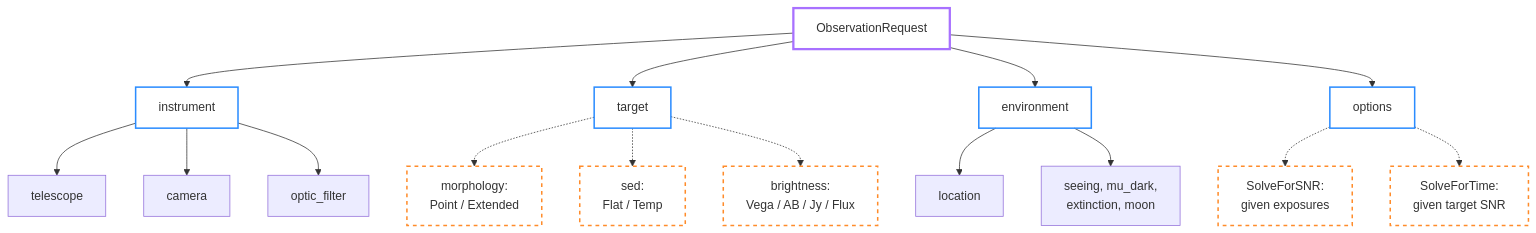
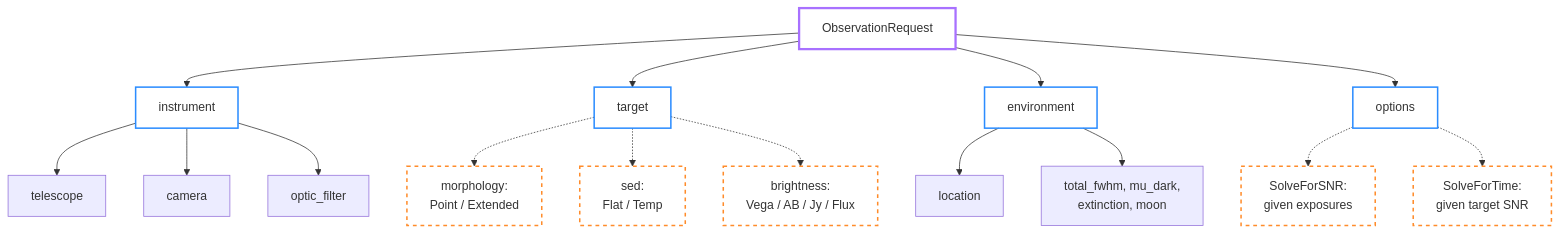
The third of 3 diagrams in docs/architecture.md (AlexLee24/CASTOR), drawn with Mermaid before and after one commit. The commit also changed other lines of this file and 31 other files, not shown here.

````diff
--- a/docs/architecture.md
+++ b/docs/architecture.md
@@ -310,36 +310,36 @@
 ```mermaid
 graph TD
     Root[ObservationRequest]
 
     P1[instrument]
     P2[target]
     P3[environment]
     P4[options]
 
     Root --> P1 & P2 & P3 & P4
 
     P1 --> P1_1[telescope]
     P1 --> P1_2[camera]
     P1 --> P1_3[optic_filter]
 
     P2 -.-> P2_1[morphology:<br/>Point / Extended]
     P2 -.-> P2_2[sed:<br/>Flat / Temp]
     P2 -.-> P2_3[brightness:<br/>Vega / AB / Jy / Flux]
 
     P3 --> P3_1[location]
-    P3 --> P3_2[seeing, mu_dark,<br/>extinction, moon]
+    P3 --> P3_2[total_fwhm, mu_dark,<br/>extinction, moon]
 
     P4 -.-> P4_1[SolveForSNR:<br/>given exposures]
     P4 -.-> P4_2[SolveForTime:<br/>given target SNR]
 
     style Root fill:transparent,stroke:#a871ff,stroke-width:3px
     style P1 fill:transparent,stroke:#2b8cff,stroke-width:2px
     style P2 fill:transparent,stroke:#2b8cff,stroke-width:2px
     style P3 fill:transparent,stroke:#2b8cff,stroke-width:2px
     style P4 fill:transparent,stroke:#2b8cff,stroke-width:2px
     style P2_1 fill:transparent,stroke:#ff8c2b,stroke-width:2px,stroke-dasharray: 5 5
     style P2_2 fill:transparent,stroke:#ff8c2b,stroke-width:2px,stroke-dasharray: 5 5
     style P2_3 fill:transparent,stroke:#ff8c2b,stroke-width:2px,stroke-dasharray: 5 5
     style P4_1 fill:transparent,stroke:#ff8c2b,stroke-width:2px,stroke-dasharray: 5 5
     style P4_2 fill:transparent,stroke:#ff8c2b,stroke-width:2px,stroke-dasharray: 5 5
 ```
````
